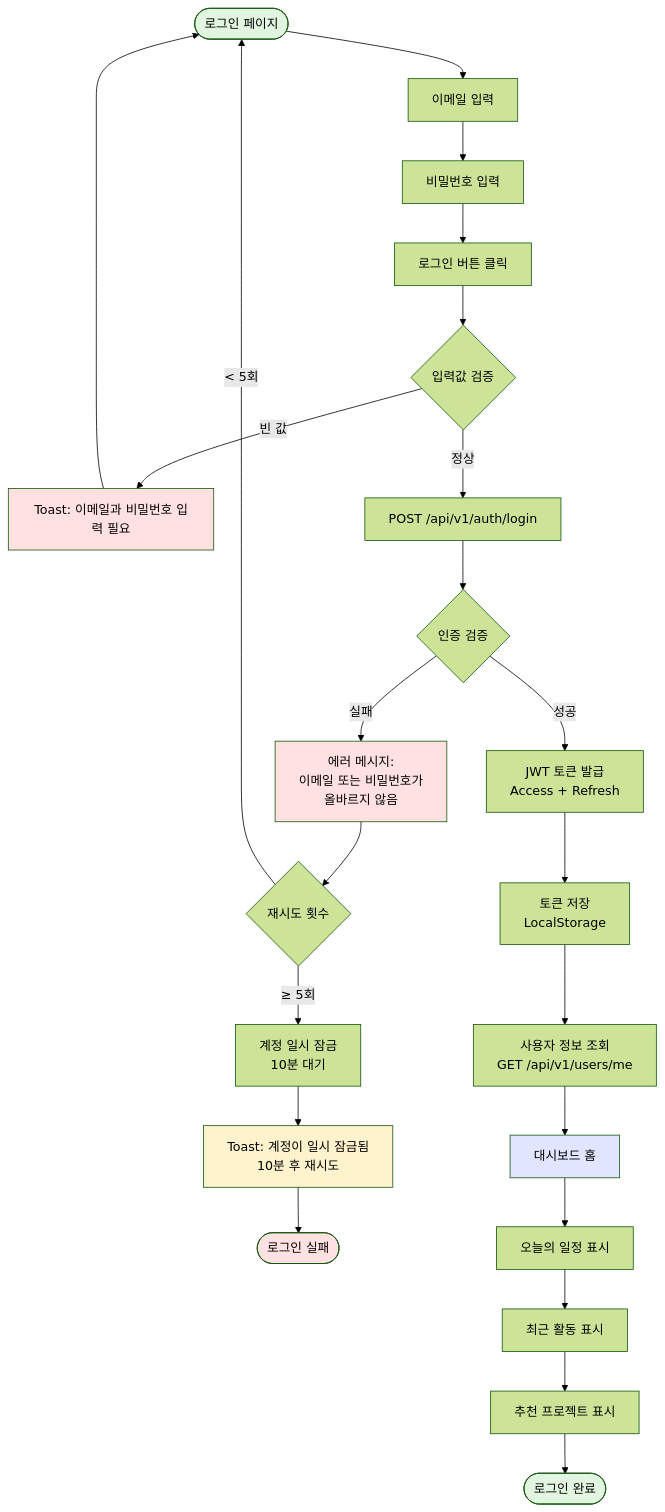
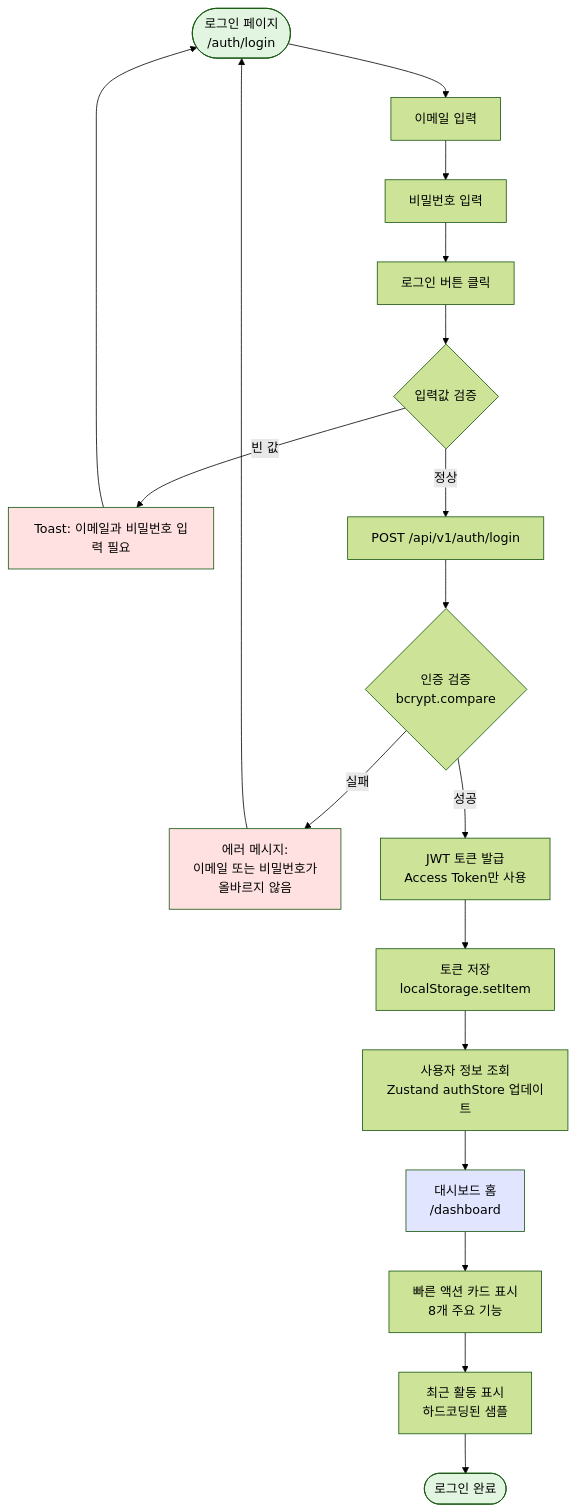
The second of 16 diagrams in Docs/8. [Design] User Flow.md (alpha7179/PWD_MediaWeave), drawn with Mermaid (forest theme) before and after one commit. The commit also changed other lines of this file and 15 other files, not shown here.

````diff
--- a/Docs/8. [Design] User Flow.md
+++ b/Docs/8. [Design] User Flow.md
@@ -90,38 +78,31 @@
 ```mermaid
 flowchart TD
-    Start([로그인 페이지]) --> InputEmail[이메일 입력]
+    Start([로그인 페이지<br/>/auth/login]) --> InputEmail[이메일 입력]
     InputEmail --> InputPwd[비밀번호 입력]
     InputPwd --> LoginBtn[로그인 버튼 클릭]
     
     LoginBtn --> Validate{입력값 검증}
     Validate -->|빈 값| EmptyError[Toast: 이메일과 비밀번호 입력 필요]
     EmptyError --> Start
     
     Validate -->|정상| AuthAPI[POST /api/v1/auth/login]
-    AuthAPI --> AuthCheck{인증 검증}
+    AuthAPI --> AuthCheck{인증 검증<br/>bcrypt.compare}
     
     AuthCheck -->|실패| AuthError[에러 메시지:<br/>이메일 또는 비밀번호가<br/>올바르지 않음]
-    AuthError --> RetryCount{재시도 횟수}
-    RetryCount -->|< 5회| Start
-    RetryCount -->|≥ 5회| LockAccount[계정 일시 잠금<br/>10분 대기]
-    LockAccount --> LockNotice[Toast: 계정이 일시 잠금됨<br/>10분 후 재시도]
-    LockNotice --> End1([로그인 실패])
+    AuthError --> Start
     
-    AuthCheck -->|성공| IssueToken[JWT 토큰 발급<br/>Access + Refresh]
-    IssueToken --> StoreToken[토큰 저장<br/>LocalStorage]
-    StoreToken --> FetchUser[사용자 정보 조회<br/>GET /api/v1/users/me]
+    AuthCheck -->|성공| IssueToken[JWT 토큰 발급<br/>Access Token만 사용]
+    IssueToken --> StoreToken[토큰 저장<br/>localStorage.setItem]
+    StoreToken --> FetchUser[사용자 정보 조회<br/>Zustand authStore 업데이트]
     
-    FetchUser --> Dashboard[대시보드 홈]
-    Dashboard --> LoadSchedule[오늘의 일정 표시]
-    LoadSchedule --> LoadActivity[최근 활동 표시]
-    LoadActivity --> LoadRecommend[추천 프로젝트 표시]
-    LoadRecommend --> End2([로그인 완료])
+    FetchUser --> Dashboard[대시보드 홈<br/>/dashboard]
+    Dashboard --> LoadQuickActions[빠른 액션 카드 표시<br/>8개 주요 기능]
+    LoadQuickActions --> LoadActivity[최근 활동 표시<br/>하드코딩된 샘플]
+    LoadActivity --> End([로그인 완료])
     
     style Start fill:#e1f5e1
-    style End1 fill:#ffe1e1
-    style End2 fill:#e1f5e1
+    style End fill:#e1f5e1
     style AuthError fill:#ffe1e1
     style EmptyError fill:#ffe1e1
-    style LockNotice fill:#fff3cd
     style Dashboard fill:#e1e5ff
 ```
````
